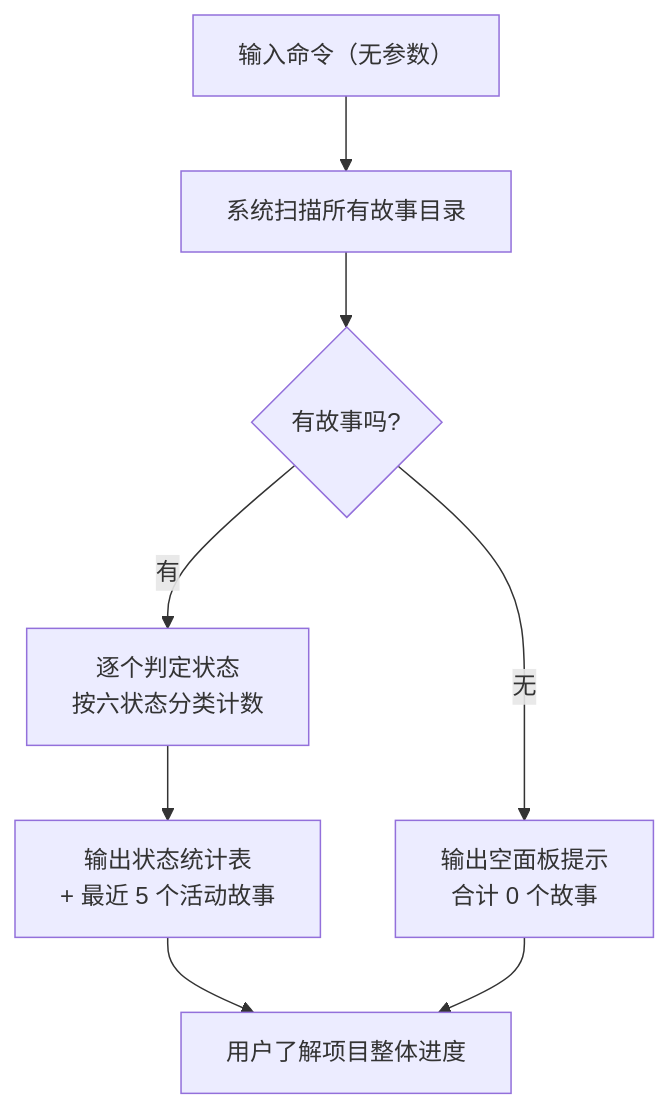
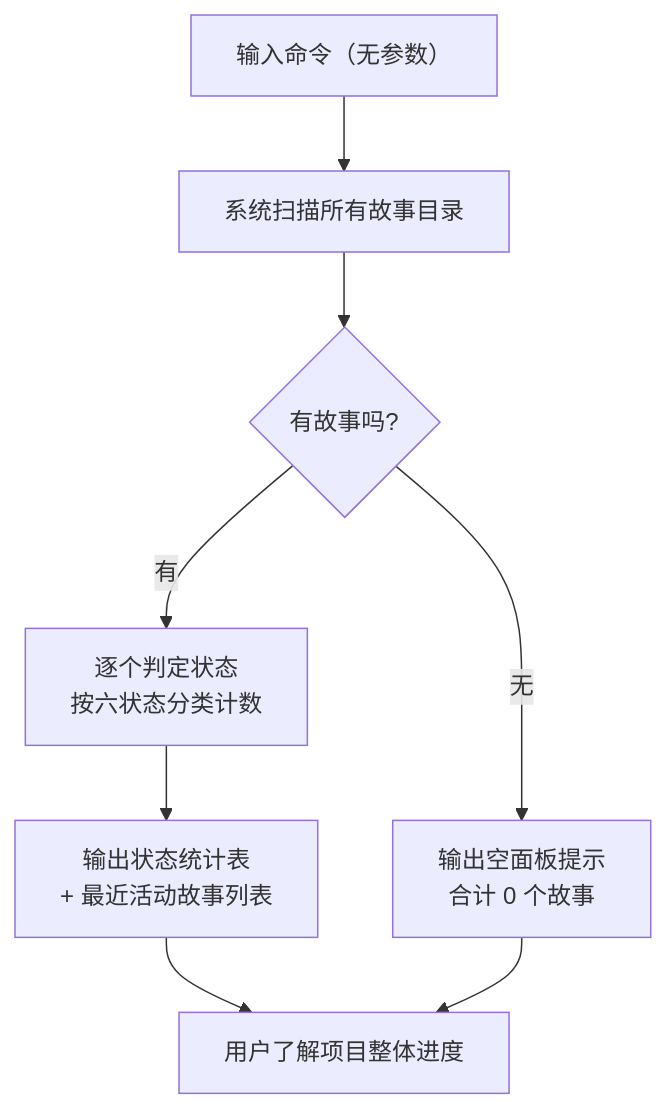
One commit to effiy/YrY changed the third of 10 diagrams in docs/故事任务面板/rui-story/02-用户使用场景.md. Above: the diagram before and after it, drawn with Mermaid. The commit also changed other lines of this file and 6 other files, not shown here.

````diff
--- a/docs/故事任务面板/rui-story/02-用户使用场景.md
+++ b/docs/故事任务面板/rui-story/02-用户使用场景.md
@@ -58,10 +97,10 @@
 ```mermaid
 flowchart TD
     START["输入命令（无参数）"] --> SCAN["系统扫描所有故事目录"]
     SCAN --> CHK{"有故事吗?"}
     CHK -->|"有"| CLASS["逐个判定状态<br/>按六状态分类计数"]
-    CLASS --> OUTPUT["输出状态统计表<br/>+ 最近 5 个活动故事"]
+    CLASS --> OUTPUT["输出状态统计表<br/>+ 最近活动故事列表"]
     CHK -->|"无"| EMPTY["输出空面板提示<br/>合计 0 个故事"]
     OUTPUT --> DONE["用户了解项目整体进度"]
     EMPTY --> DONE
 ```
````
